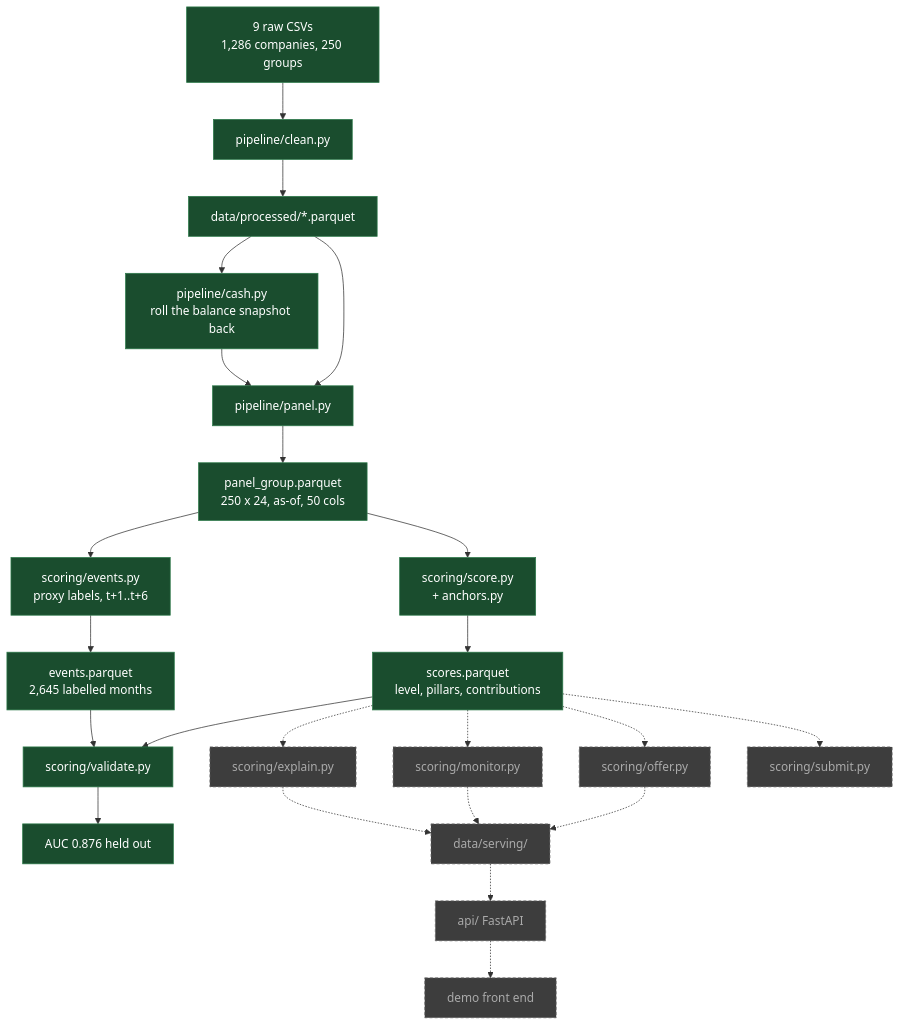
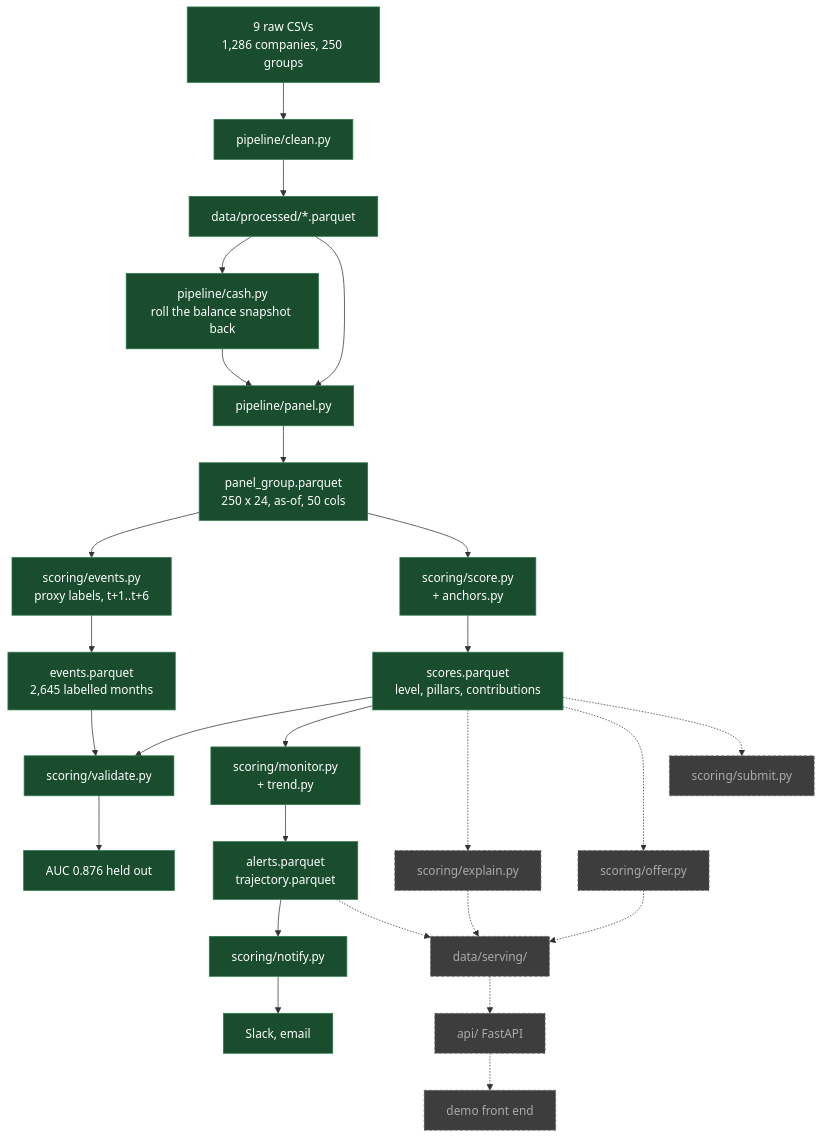
One commit to felipemagr/hackspain changed the diagram in docs/status.md. Above: the diagram before and after it, drawn with Mermaid. The commit also changed other lines of this file and 19 other files, not shown here.

Commit message:
feat(monitor): add jump and shift alerts

````diff
--- a/docs/status.md
+++ b/docs/status.md
@@ -8,32 +8,36 @@
 ```mermaid
 flowchart TD
     csv["9 raw CSVs<br/>1,286 companies, 250 groups"] --> clean["pipeline/clean.py"]
     clean --> proc["data/processed/*.parquet"]
     proc --> cash["pipeline/cash.py<br/>roll the balance snapshot back"]
     proc --> panel["pipeline/panel.py"]
     cash --> panel
     panel --> pg["panel_group.parquet<br/>250 x 24, as-of, 50 cols"]
 
     pg --> events["scoring/events.py<br/>proxy labels, t+1..t+6"]
     pg --> score["scoring/score.py<br/>+ anchors.py"]
     score --> sc["scores.parquet<br/>level, pillars, contributions"]
     events --> ev["events.parquet<br/>2,645 labelled months"]
     sc --> val["scoring/validate.py"]
     ev --> val
     val --> res["AUC 0.876 held out"]
 
+    sc --> monitor["scoring/monitor.py<br/>+ trend.py"]
+    monitor --> al["alerts.parquet<br/>trajectory.parquet"]
+    al --> notify["scoring/notify.py"]
+    notify --> out["Slack, email"]
+
     sc -.-> explain["scoring/explain.py"]
-    sc -.-> monitor["scoring/monitor.py"]
     sc -.-> offer["scoring/offer.py"]
     sc -.-> submit["scoring/submit.py"]
     explain -.-> serving["data/serving/"]
-    monitor -.-> serving
+    al -.-> serving
     offer -.-> serving
     serving -.-> api["api/ FastAPI"]
     api -.-> demo["demo front end"]
 
     classDef built fill:#1a4d2e,stroke:#2d7a4a,color:#fff
     classDef todo fill:#3d3d3d,stroke:#666,color:#aaa,stroke-dasharray: 4 3
-    class csv,clean,proc,cash,panel,pg,events,score,sc,ev,val,res built
-    class explain,monitor,offer,submit,serving,api,demo todo
+    class csv,clean,proc,cash,panel,pg,events,score,sc,ev,val,res,monitor,al,notify,out built
+    class explain,offer,submit,serving,api,demo todo
 ```
````
